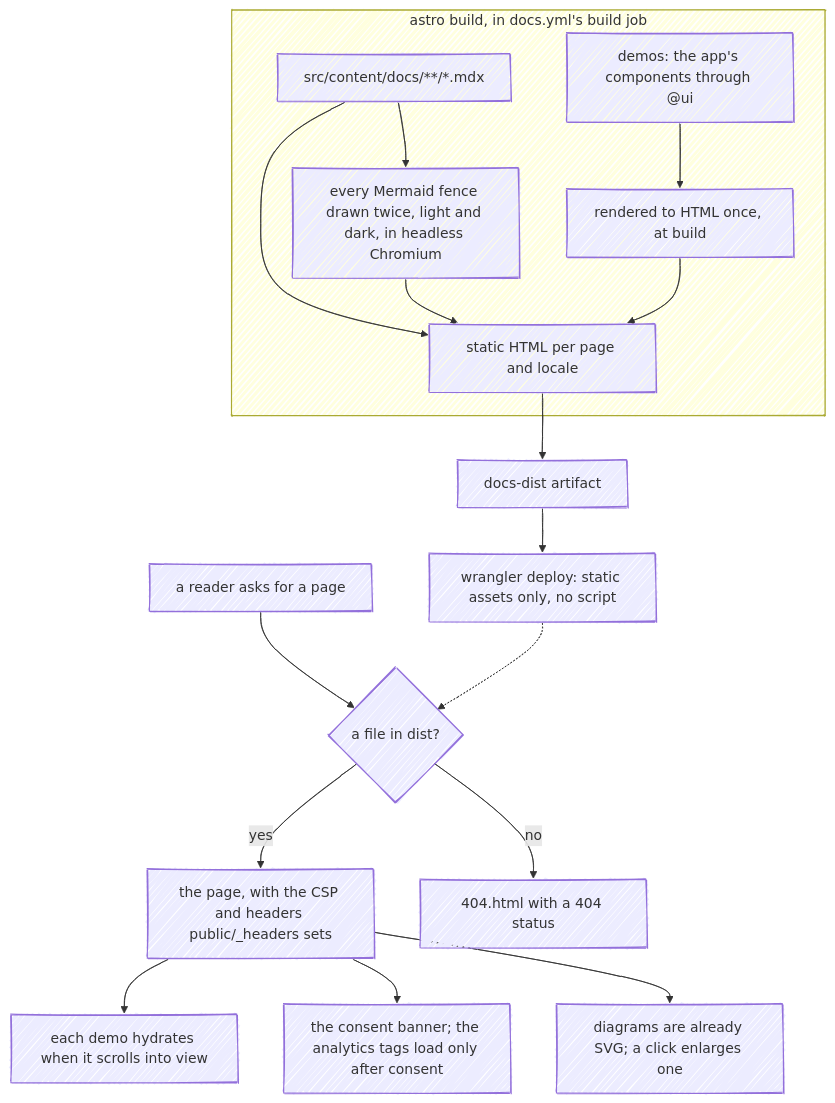
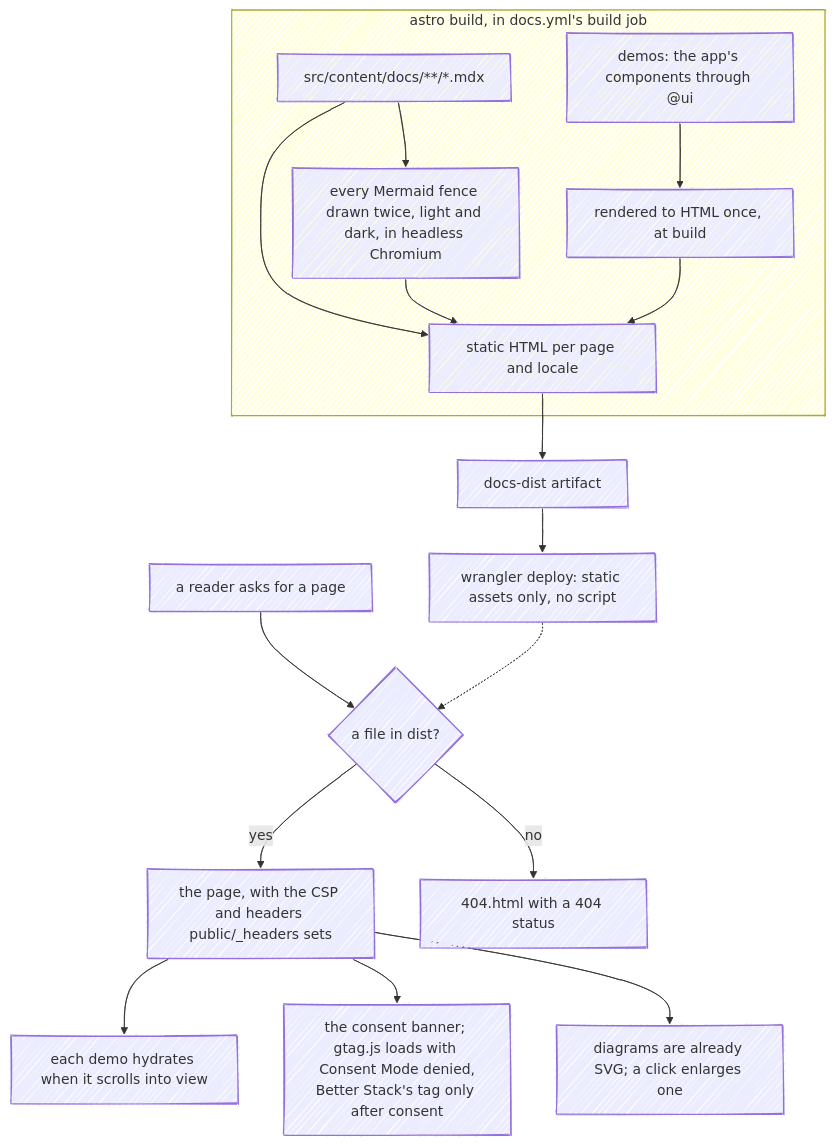
Before and after one commit to fbuireu/forever-pto: the second of 2 diagrams in apps/docs/src/content/docs/contributing/docs-site.mdx, drawn with Mermaid. The commit also changed 21 other files, not shown here.

````diff
--- a/apps/docs/src/content/docs/contributing/docs-site.mdx
+++ b/apps/docs/src/content/docs/contributing/docs-site.mdx
@@ -45,22 +45,22 @@
 ```mermaid
 ---
 config:
   look: handDrawn
   layout: dagre
 ---
 flowchart TD
   subgraph build ["astro build, in docs.yml's build job"]
     MDX["src/content/docs/**/*.mdx"] --> HTML["static HTML per page and locale"]
     MDX --> MER["every Mermaid fence drawn twice, light and dark, in headless Chromium"]
     DEM["demos: the app's components through @ui"] --> SSR["rendered to HTML once, at build"]
     MER & SSR --> HTML
   end
   HTML --> ART["docs-dist artifact"] --> DEP["wrangler deploy: static assets only, no script"]
   READ["a reader asks for a page"] --> CF{"a file in dist?"}
   DEP -.-> CF
   CF -- "yes" --> PAGE["the page, with the CSP and headers public/_headers sets"]
   CF -- "no" --> NF["404.html with a 404 status"]
   PAGE --> HYD["each demo hydrates when it scrolls into view"]
-  PAGE --> CON["the consent banner; the analytics tags load only after consent"]
+  PAGE --> CON["the consent banner; gtag.js loads with Consent Mode denied,<br/>Better Stack's tag only after consent"]
   PAGE --> ZOOM["diagrams are already SVG; a click enlarges one"]
 ```
````
